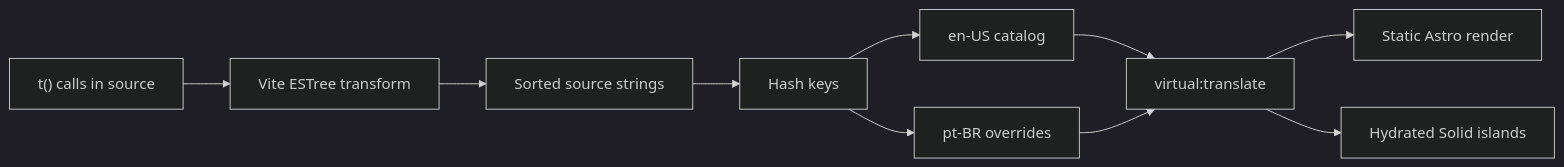
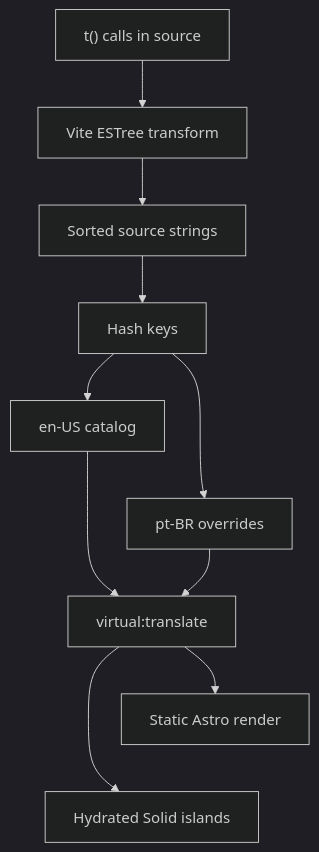
One commit to ErickCReis/ErickCReis changed the first of 2 diagrams in web/content/blog/a-small-custom-i18n-runtime-for-astro.mdx. Above: the diagram before and after it, drawn with Mermaid (dark theme). The commit also changed 21 other files, not shown here.

First line of the commit message:
Improve Mermaid diagram readability across blog posts

````diff
--- a/web/content/blog/a-small-custom-i18n-runtime-for-astro.mdx
+++ b/web/content/blog/a-small-custom-i18n-runtime-for-astro.mdx
@@ -16,12 +16,14 @@
 ```mermaid center
-flowchart LR
+flowchart TB
   Source["t() calls in source"] --> Parse["Vite ESTree transform"]
   Parse --> Collect["Sorted source strings"]
   Collect --> Hash["Hash keys"]
   Hash --> Default["en-US catalog"]
   Hash --> Locale["pt-BR overrides"]
+  Default ~~~ Locale
   Default --> Virtual["virtual:translate"]
   Locale --> Virtual
   Virtual --> Astro["Static Astro render"]
   Virtual --> Solid["Hydrated Solid islands"]
+  Astro ~~~ Solid
 ```
````
